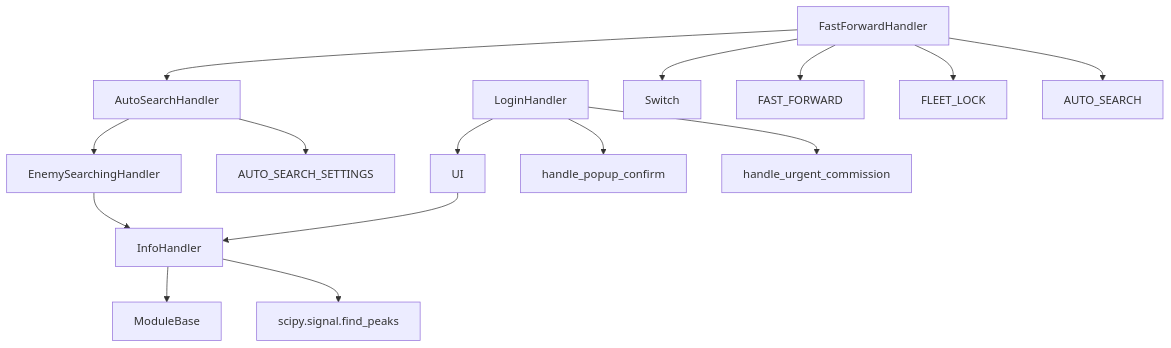
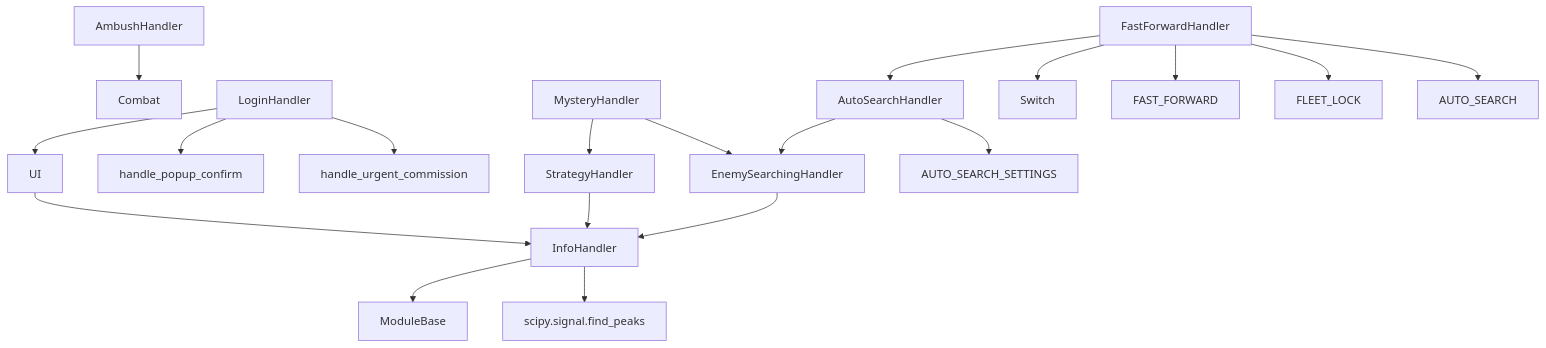
The diagram in .agent/HANDLER.md (nnieie/AzurPilot), drawn with Mermaid before and after one commit. The commit also changed other lines of this file and 72 other files, not shown here.

````diff
--- a/.agent/HANDLER.md
+++ b/.agent/HANDLER.md
@@ -116,19 +150,24 @@
 ```mermaid
 graph TD
     FastForwardHandler --> AutoSearchHandler
     AutoSearchHandler --> EnemySearchingHandler
     EnemySearchingHandler --> InfoHandler
     InfoHandler --> ModuleBase
     LoginHandler --> UI
     UI --> InfoHandler
+
+    StrategyHandler --> InfoHandler
+    MysteryHandler --> StrategyHandler
+    MysteryHandler --> EnemySearchingHandler
+    AmbushHandler --> Combat
 
     FastForwardHandler --> Switch
     FastForwardHandler --> FAST_FORWARD
     FastForwardHandler --> FLEET_LOCK
     FastForwardHandler --> AUTO_SEARCH
 
     AutoSearchHandler --> AUTO_SEARCH_SETTINGS
     LoginHandler --> handle_popup_confirm
     LoginHandler --> handle_urgent_commission
     InfoHandler --> scipy.signal.find_peaks
 ```
````
